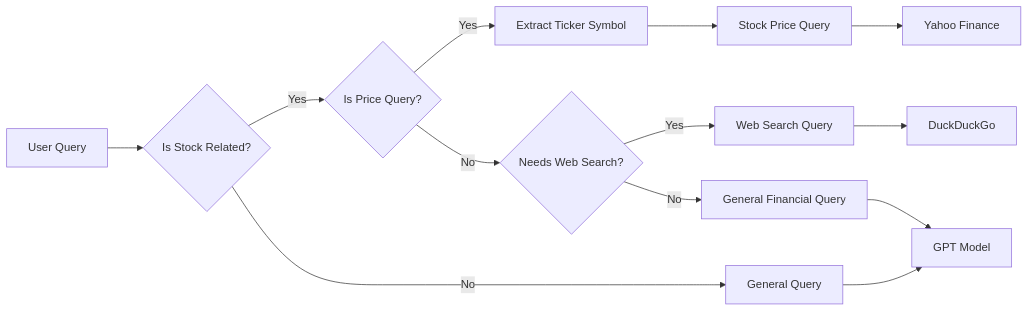
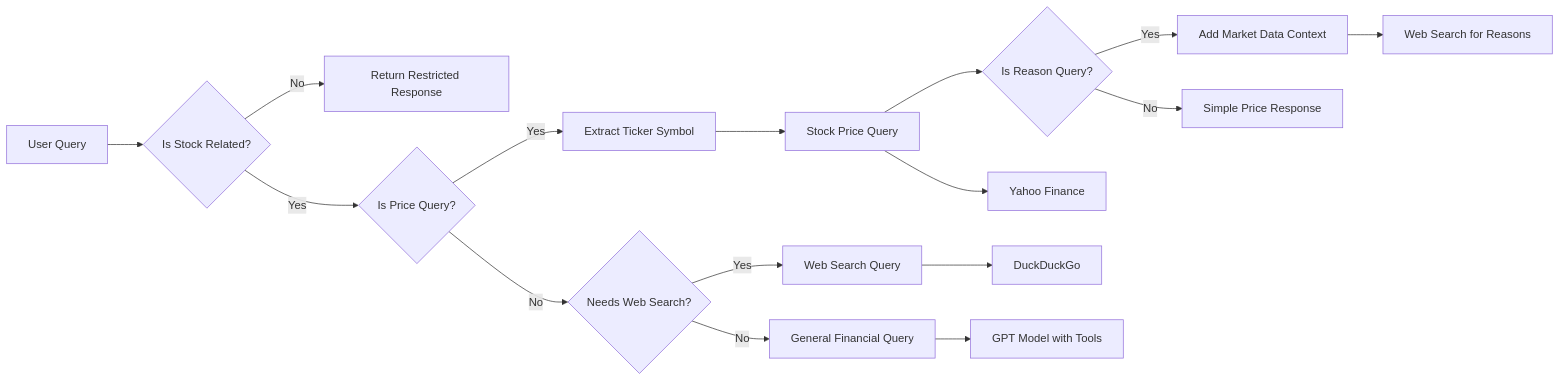
Before and after one commit to yweiss0/naor_webchat: the second of 5 diagrams in server/workflow.md, drawn with Mermaid. The commit also changed other lines of this file, not shown here.

Commit message:
updated the workflow graph code

````diff
--- a/server/workflow.md
+++ b/server/workflow.md
@@ -52,19 +68,22 @@
 ```mermaid
 flowchart LR
     A[User Query] --> B{Is Stock Related?}
-    B -->|Yes| C{Is Price Query?}
-    B -->|No| D[General Query]
+    B -->|No| C[Return Restricted Response]
+    B -->|Yes| D{Is Price Query?}
     
-    C -->|Yes| E[Extract Ticker Symbol]
-    C -->|No| F{Needs Web Search?}
+    D -->|Yes| E[Extract Ticker Symbol]
+    D -->|No| F{Needs Web Search?}
     
     F -->|Yes| G[Web Search Query]
     F -->|No| H[General Financial Query]
     
     E --> I[Stock Price Query]
+    I --> J1{Is Reason Query?}
+    J1 -->|Yes| J2[Add Market Data Context]
+    J1 -->|No| J3[Simple Price Response]
     
     I --> J[Yahoo Finance]
     G --> K[DuckDuckGo]
-    H --> L[GPT Model]
-    D --> L
+    H --> L[GPT Model with Tools]
+    J2 --> M[Web Search for Reasons]
 ```
````
